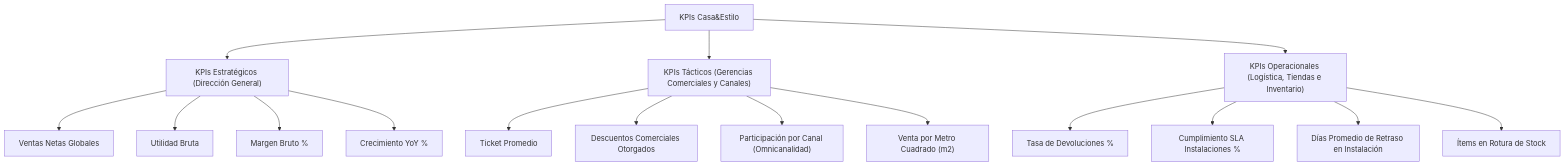
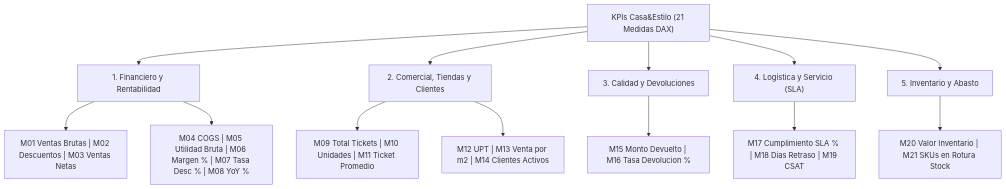
The diagram in PIA/03_dashboard_excel/01_catalogo_medidas_dax.md (Xraight/equipo8-inteligencia_negocios-FIME_2026), drawn with Mermaid before and after one commit. The commit also changed other lines of this file and 34 other files, not shown here.

````diff
--- a/PIA/03_dashboard_excel/01_catalogo_medidas_dax.md
+++ b/PIA/03_dashboard_excel/01_catalogo_medidas_dax.md
@@ -18,22 +19,19 @@
 ```mermaid
 graph TD
-    KPI["KPIs Casa&Estilo"]
-    KPI --> EST["KPIs Estratégicos (Dirección General)"]
-    KPI --> TAC["KPIs Tácticos (Gerencias Comerciales y Canales)"]
-    KPI --> OPE["KPIs Operacionales (Logística, Tiendas e Inventario)"]
+    KPI["KPIs Casa&Estilo (21 Medidas DAX)"]
+    KPI --> P1["1. Financiero y Rentabilidad"]
+    KPI --> P2["2. Comercial, Tiendas y Clientes"]
+    KPI --> P3["3. Calidad y Devoluciones"]
+    KPI --> P4["4. Logística y Servicio (SLA)"]
+    KPI --> P5["5. Inventario y Abasto"]
 
-    EST --> E1["Ventas Netas Globales"]
-    EST --> E2["Utilidad Bruta"]
-    EST --> E3["Margen Bruto %"]
-    EST --> E4["Crecimiento YoY %"]
+    P1 --> F1["M01 Ventas Brutas | M02 Descuentos | M03 Ventas Netas"]
+    P1 --> F2["M04 COGS | M05 Utilidad Bruta | M06 Margen % | M07 Tasa Desc % | M08 YoY %"]
 
-    TAC --> T1["Ticket Promedio"]
-    TAC --> T2["Descuentos Comerciales Otorgados"]
-    TAC --> T3["Participación por Canal (Omnicanalidad)"]
-    TAC --> T4["Venta por Metro Cuadrado (m2)"]
+    P2 --> C1["M09 Total Tickets | M10 Unidades | M11 Ticket Promedio"]
+    P2 --> C2["M12 UPT | M13 Venta por m2 | M14 Clientes Activos"]
 
-    OPE --> O1["Tasa de Devoluciones %"]
-    OPE --> O2["Cumplimiento SLA Instalaciones %"]
-    OPE --> O3["Días Promedio de Retraso en Instalación"]
-    OPE --> O4["Ítems en Rotura de Stock"]
+    P3 --> Q1["M15 Monto Devuelto | M16 Tasa Devolucion %"]
+    P4 --> L1["M17 Cumplimiento SLA % | M18 Dias Retraso | M19 CSAT"]
+    P5 --> I1["M20 Valor Inventario | M21 SKUs en Rotura Stock"]
 ```
````
